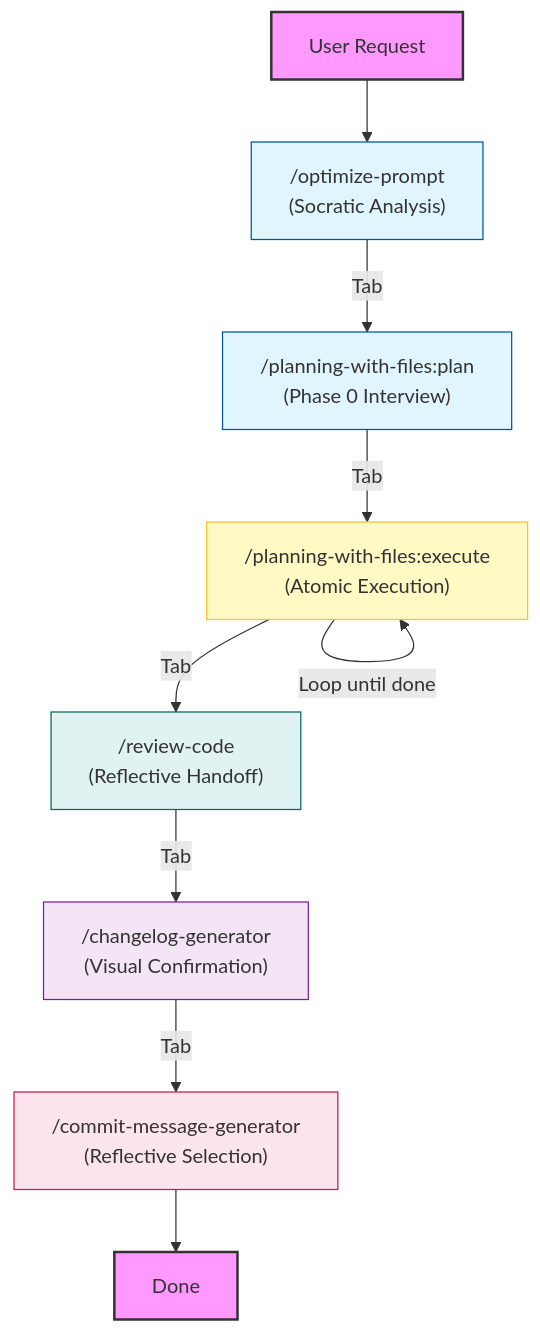
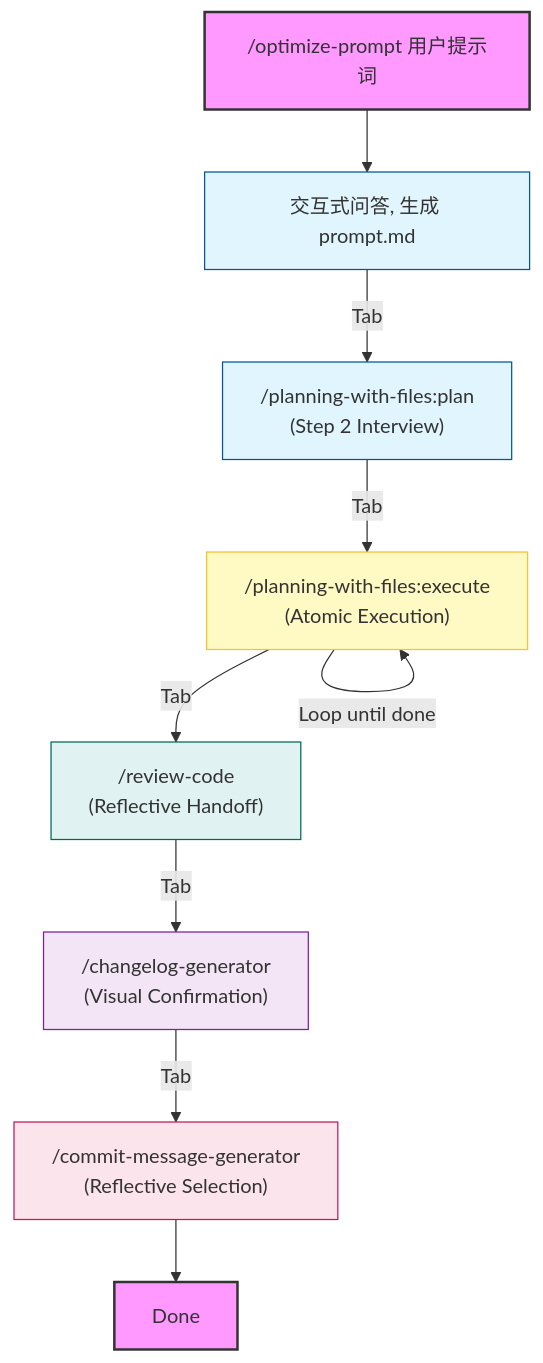
The diagram in README.md (zzpwestlife/learn-claude-code), drawn with Mermaid before and after one commit. The commit also changed other lines of this file and 3 other files, not shown here.

````diff
--- a/README.md
+++ b/README.md
@@ -86,20 +86,20 @@
 ```mermaid
 graph TD
-    Start[User Request] --> Optimize["/optimize-prompt<br/>(Socratic Analysis)"]
-    Optimize -->|Tab| Plan["/planning-with-files:plan<br/>(Phase 0 Interview)"]
+    Start["/optimize-prompt 用户提示词"] --> Optimize["交互式问答, 生成 prompt.md"]
+    Optimize -->|Tab| Plan["/planning-with-files:plan<br/>(Step 2 Interview)"]
     Plan -->|Tab| Execute["/planning-with-files:execute<br/>(Atomic Execution)"]
     Execute -->|Loop until done| Execute
     Execute -->|Tab| Review["/review-code<br/>(Reflective Handoff)"]
     Review -->|Tab| Changelog["/changelog-generator<br/>(Visual Confirmation)"]
     Changelog -->|Tab| Commit["/commit-message-generator<br/>(Reflective Selection)"]
     Commit --> Finish[Done]
 
     style Start fill:#f9f,stroke:#333,stroke-width:2px
     style Optimize fill:#e1f5fe,stroke:#01579b
     style Plan fill:#e1f5fe,stroke:#01579b
     style Execute fill:#fff9c4,stroke:#fbc02d
     style Review fill:#e0f2f1,stroke:#00695c
     style Changelog fill:#f3e5f5,stroke:#7b1fa2
     style Commit fill:#fce4ec,stroke:#c2185b
     style Finish fill:#f9f,stroke:#333,stroke-width:2px
 ```
````
